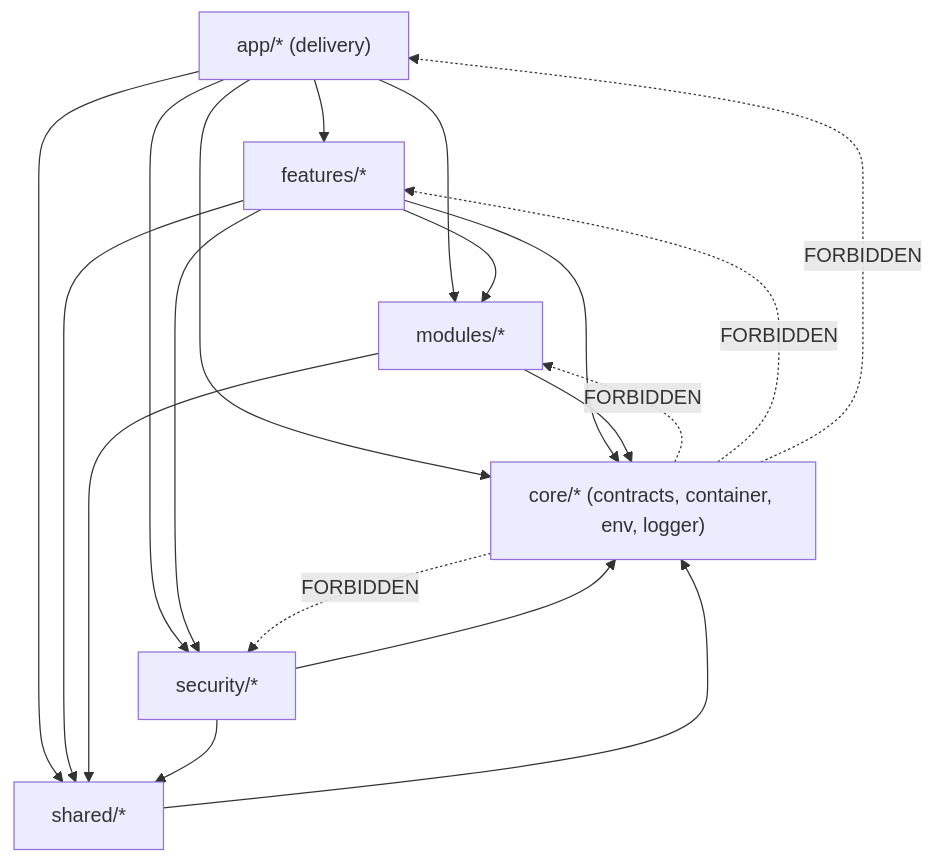
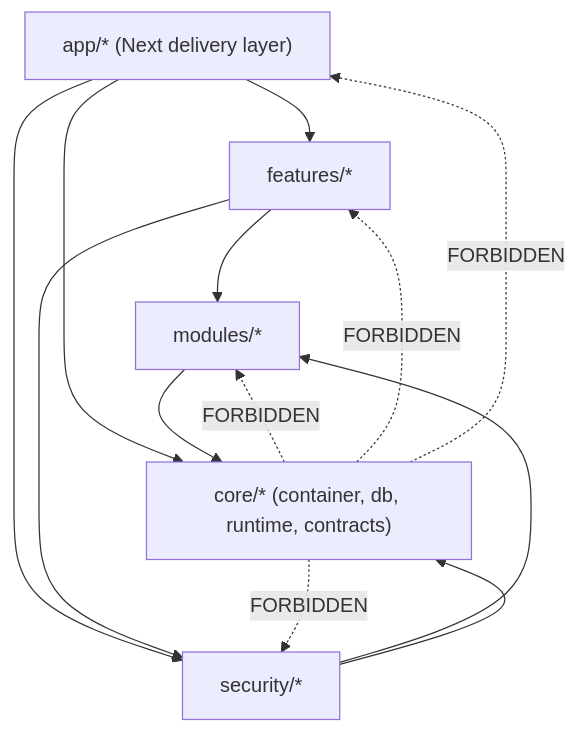
One commit to wmitrus/nextjs-16-boilerplate changed the diagram in docs/architecture/01 - Global Dependency Rules.mmd. Above: the diagram before and after it, drawn with Mermaid. The commit also changed 37 other files, not shown here.

First line of the commit message:
docs(architecture): add final modular monolith compliance report

```diff
--- a/docs/architecture/01 - Global Dependency Rules.mmd
+++ b/docs/architecture/01 - Global Dependency Rules.mmd
@@ -1,34 +1,25 @@
 flowchart TD
-%% Traceability: src/app/**, src/features/**, src/modules/**, src/security/**, src/shared/**, src/core/**
-%% Runtime anchors: src/proxy.ts, src/core/container/index.ts, src/security/middleware/with-security.ts
+%% Enterprise Modular Monolith (Post-Refactor)
 
-APP["app/* (delivery)"]
+APP["app/* (Next delivery layer)"]
 FEATURES["features/*"]
 MODULES["modules/*"]
 SECURITY["security/*"]
-SHARED["shared/*"]
-CORE["core/* (contracts, container, env, logger)"]
+CORE["core/* (container, db, runtime, contracts)"]
 
 APP --> FEATURES
-APP --> MODULES
 APP --> SECURITY
-APP --> SHARED
 APP --> CORE
 
 FEATURES --> MODULES
 FEATURES --> SECURITY
-FEATURES --> SHARED
-FEATURES --> CORE
+
+SECURITY --> MODULES
+SECURITY --> CORE
 
 MODULES --> CORE
-MODULES --> SHARED
-
-SECURITY --> CORE
-SECURITY --> SHARED
-
-SHARED --> CORE
 
 CORE -. FORBIDDEN .-> MODULES
 CORE -. FORBIDDEN .-> SECURITY
 CORE -. FORBIDDEN .-> FEATURES
 CORE -. FORBIDDEN .-> APP
```
